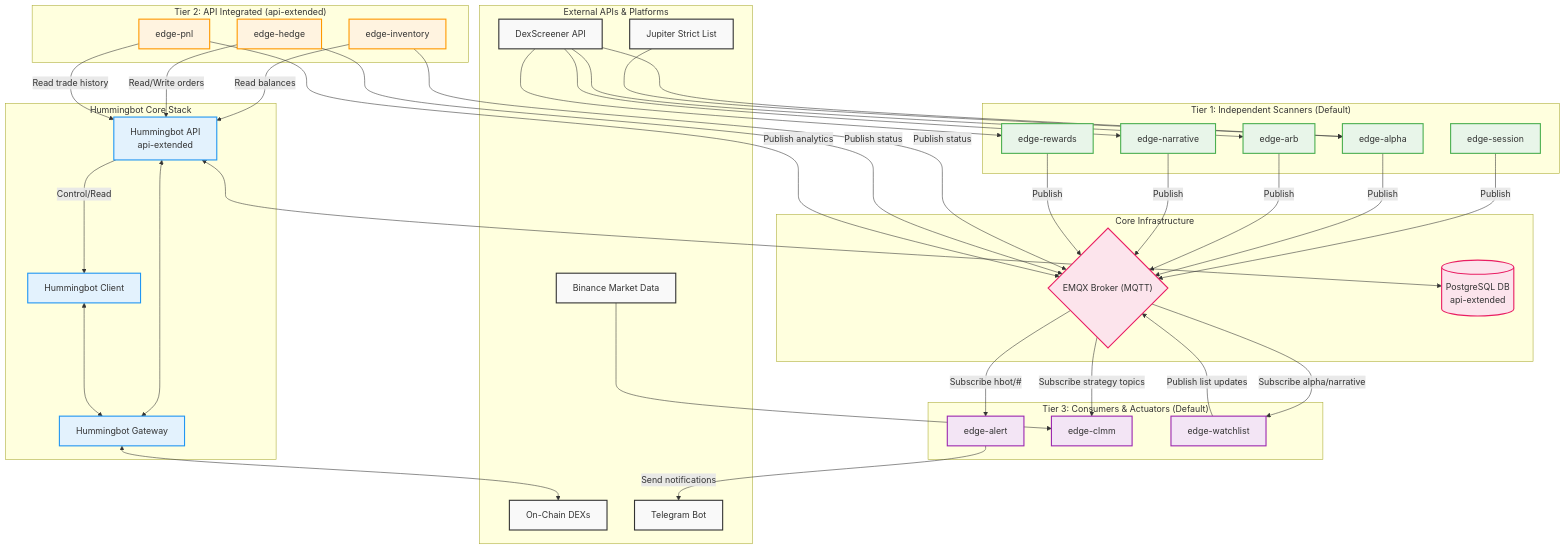
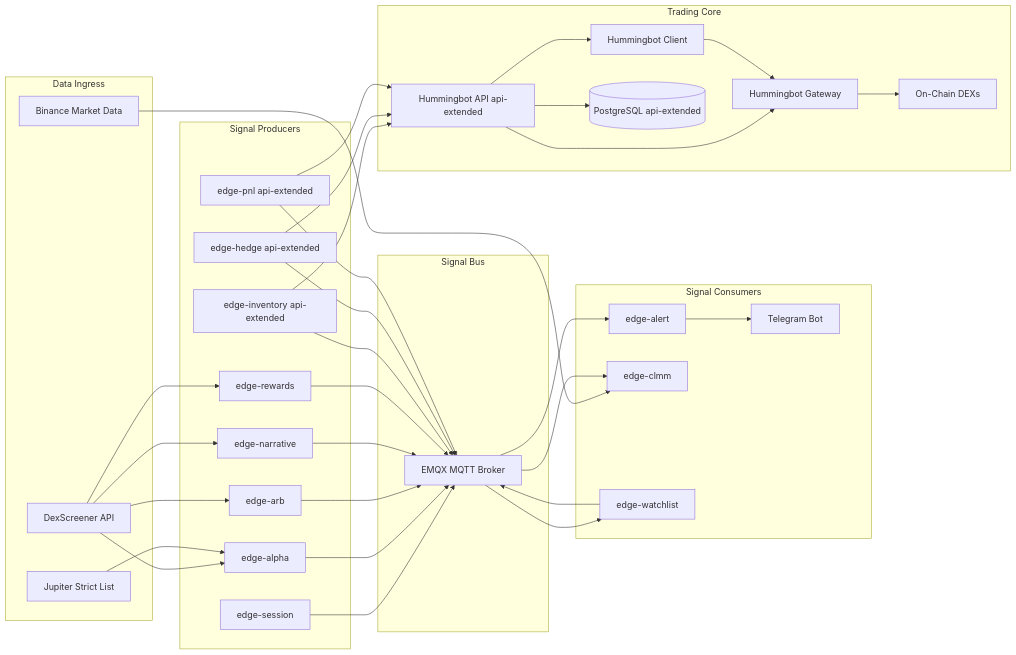
Before and after one commit to Admin-AUXO/hummingbot-edge-services: the diagram in ARCHITECTURE.md, drawn with Mermaid. The commit also changed other lines of this file and 28 other files, not shown here.

Commit message:
Expand multi-chain signal quality tuning and optimize narrative/arb pipelines

````diff
--- a/ARCHITECTURE.md
+++ b/ARCHITECTURE.md
@@ -5,42 +7,39 @@
 ```mermaid
-flowchart TD
-    subgraph External["External APIs & Platforms"]
-        DexScreener["DexScreener API"]
-        Jupiter["Jupiter Strict List"]
-        Binance["Binance Market Data"]
-        OnChain["On-Chain DEXs"]
-        Telegram["Telegram Bot"]
+flowchart LR
+    subgraph Ingress[Data Ingress]
+        DexScreener[DexScreener API]
+        Jupiter[Jupiter Strict List]
+        Binance[Binance Market Data]
     end
 
-    subgraph Infrastructure["Core Infrastructure"]
-        MQTT{"EMQX Broker (MQTT)"}
-        DB[("PostgreSQL DB\napi-extended")]
+    subgraph Producers[Signal Producers]
+        Session[edge-session]
+        Alpha[edge-alpha]
+        Arb[edge-arb]
+        Narrative[edge-narrative]
+        Rewards[edge-rewards]
+        Inventory[edge-inventory api-extended]
+        Hedge[edge-hedge api-extended]
+        PnL[edge-pnl api-extended]
     end
 
-    subgraph HummingbotStack["Hummingbot Core Stack"]
-        API["Hummingbot API\napi-extended"]
-        HBot["Hummingbot Client"]
-        Gateway["Hummingbot Gateway"]
+    subgraph Bus[Signal Bus]
+        MQTT[EMQX MQTT Broker]
     end
 
-    subgraph Tier1["Tier 1: Independent Scanners (Default)"]
-        Session["edge-session"]
-        Alpha["edge-alpha"]
-        Arb["edge-arb"]
-        Narrative["edge-narrative"]
-        Rewards["edge-rewards"]
+    subgraph Consumers[Signal Consumers]
+        Alert[edge-alert]
+        Clmm[edge-clmm]
+        Watchlist[edge-watchlist]
+        Telegram[Telegram Bot]
     end
 
-    subgraph Tier2["Tier 2: API Integrated (api-extended)"]
-        Inventory["edge-inventory"]
-        Hedge["edge-hedge"]
-        PnL["edge-pnl"]
-    end
-
-    subgraph Tier3["Tier 3: Consumers & Actuators (Default)"]
-        Alert["edge-alert"]
-        Clmm["edge-clmm"]
-        Watchlist["edge-watchlist"]
+    subgraph TradingCore[Trading Core]
+        HBot[Hummingbot Client]
+        API[Hummingbot API api-extended]
+        Gateway[Hummingbot Gateway]
+        DB[(PostgreSQL api-extended)]
+        OnChain[On-Chain DEXs]
     end
 
     DexScreener --> Alpha
@@ -50,44 +49,27 @@
     Jupiter --> Alpha
     Binance --> Clmm
 
-    Session -- "Publish" --> MQTT
-    Alpha -- "Publish" --> MQTT
-    Arb -- "Publish" --> MQTT
-    Narrative -- "Publish" --> MQTT
-    Rewards -- "Publish" --> MQTT
-    Watchlist -- "Publish list updates" --> MQTT
+    Session --> MQTT
+    Alpha --> MQTT
+    Arb --> MQTT
+    Narrative --> MQTT
+    Rewards --> MQTT
+    Inventory --> MQTT
+    Hedge --> MQTT
+    PnL --> MQTT
+    Watchlist --> MQTT
 
-    MQTT -- "Subscribe hbot/#" --> Alert
-    MQTT -- "Subscribe strategy topics" --> Clmm
-    MQTT -- "Subscribe alpha/narrative" --> Watchlist
+    MQTT --> Alert
+    MQTT --> Clmm
+    MQTT --> Watchlist
+    Alert --> Telegram
 
-    Alert -- "Send notifications" --> Telegram
-
-    Inventory -- "Read balances" --> API
-    Hedge -- "Read/Write orders" --> API
-    PnL -- "Read trade history" --> API
-
-    Inventory -- "Publish status" --> MQTT
-    Hedge -- "Publish status" --> MQTT
-    PnL -- "Publish analytics" --> MQTT
-
-    API <--> DB
-    API <--> Gateway
-    HBot <--> Gateway
-    Gateway <--> OnChain
-    API -- "Control/Read" --> HBot
-
-    classDef ext fill:#f9f9f9,stroke:#333,stroke-width:2px;
-    classDef infra fill:#fce4ec,stroke:#e91e63,stroke-width:2px;
-    classDef hbot fill:#e3f2fd,stroke:#2196f3,stroke-width:2px;
-    classDef tier1 fill:#e8f5e9,stroke:#4caf50,stroke-width:2px;
-    classDef tier2 fill:#fff3e0,stroke:#ff9800,stroke-width:2px;
-    classDef tier3 fill:#f3e5f5,stroke:#9c27b0,stroke-width:2px;
-
-    class DexScreener,Jupiter,Binance,Telegram,OnChain ext;
-    class MQTT,DB infra;
-    class API,HBot,Gateway hbot;
-    class Session,Alpha,Arb,Narrative,Rewards tier1;
-    class Inventory,Hedge,PnL tier2;
-    class Alert,Clmm,Watchlist tier3;
+    Inventory --> API
+    Hedge --> API
+    PnL --> API
+    API --> HBot
+    API --> DB
+    API --> Gateway
+    HBot --> Gateway
+    Gateway --> OnChain
 ```
````
